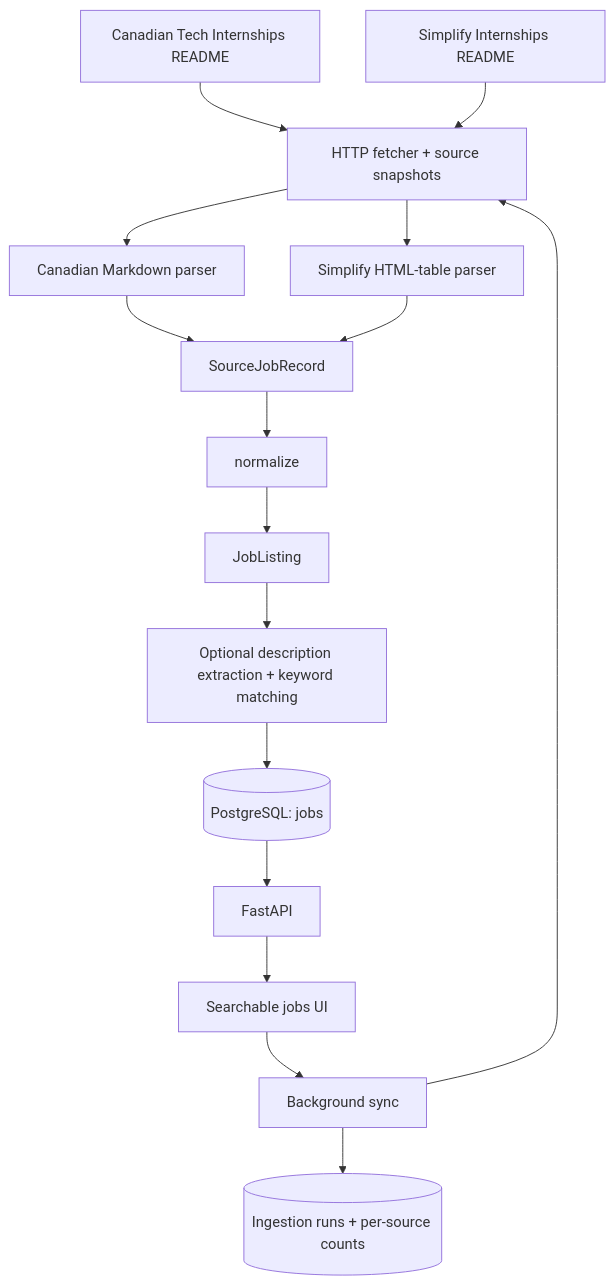
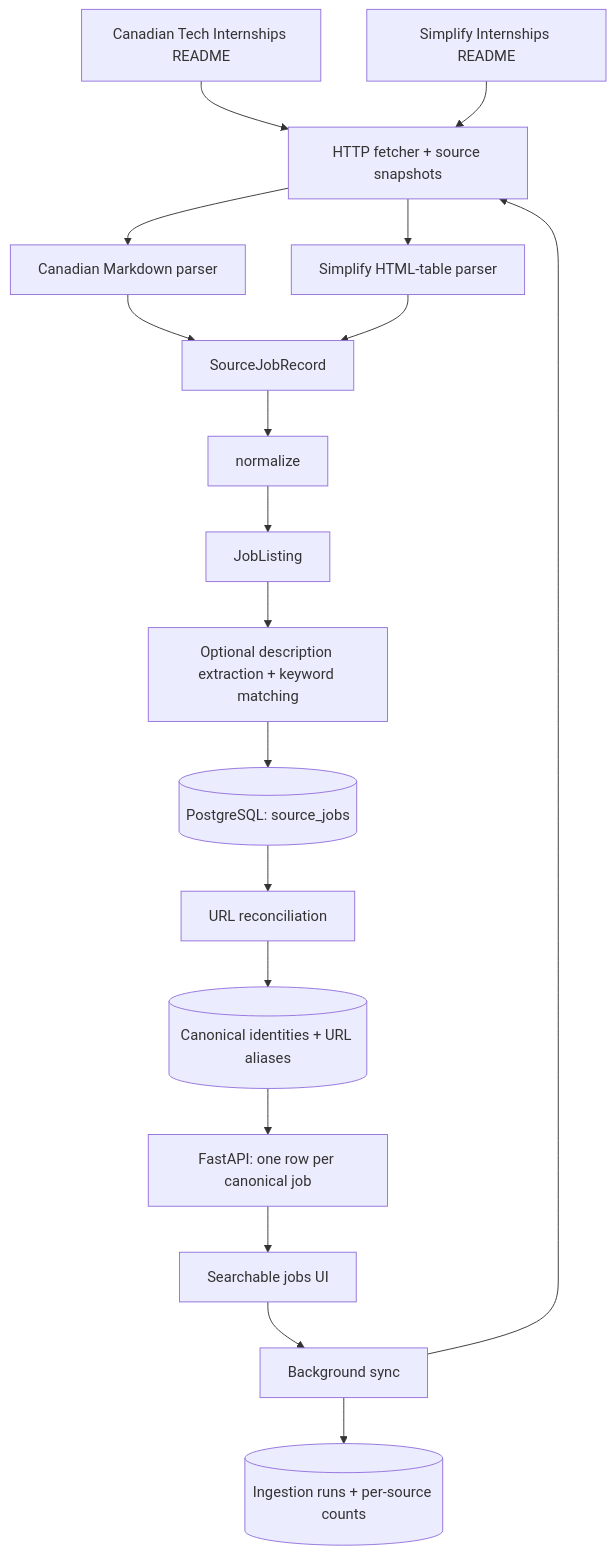
Before and after one commit to aymaanalamgir/internshipfeed: the first of 2 diagrams in README.md, drawn with Mermaid. The commit also changed other lines of this file and 12 other files, not shown here.

Commit message:
Normalization and Canonical Job from Parsing

````diff
--- a/README.md
+++ b/README.md
@@ -7,18 +7,20 @@
 ```mermaid
 flowchart TD
     A[Canadian Tech Internships README] --> F[HTTP fetcher + source snapshots]
     B[Simplify Internships README] --> F
     F --> P1[Canadian Markdown parser]
     F --> P2[Simplify HTML-table parser]
     P1 --> R[SourceJobRecord]
     P2 --> R
     R --> N[normalize]
     N --> J[JobListing]
     J --> E[Optional description extraction + keyword matching]
-    E --> DB[(PostgreSQL: jobs)]
-    DB --> API[FastAPI]
+    E --> SDB[(PostgreSQL: source_jobs)]
+    SDB --> R2[URL reconciliation]
+    R2 --> DB[(Canonical identities + URL aliases)]
+    DB --> API[FastAPI: one row per canonical job]
     API --> UI[Searchable jobs UI]
     UI --> S[Background sync]
     S --> F
     S --> RUNS[(Ingestion runs + per-source counts)]
 ```
````
